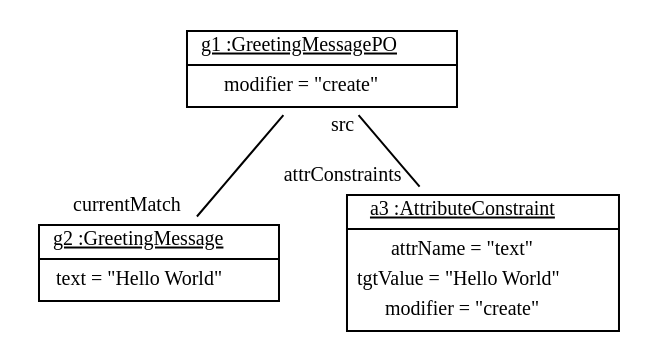
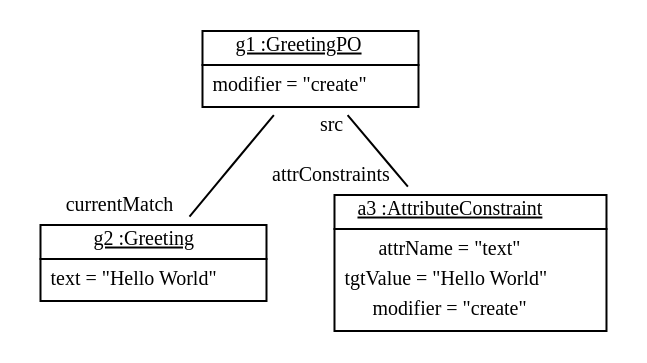
One commit to fujaba/SDMLib changed the diagram in doc/TTC2011HelloWorldConstantTransformation1AfterTransformation.dot. Above: the diagram before and after it, drawn with Graphviz. The commit also changed 38 other files, not shown here.

```diff
--- a/doc/TTC2011HelloWorldConstantTransformation1AfterTransformation.dot
+++ b/doc/TTC2011HelloWorldConstantTransformation1AfterTransformation.dot
@@ -1,11 +1,11 @@
 graph ObjectDiagram {
    node [shape = none, fontsize = 10];
    edge [fontsize = 10];
 
-g1 [label=<<table border='0' cellborder='1' cellspacing='0'> <tr> <td> <u>g1 :GreetingMessagePO</u></td></tr><tr><td><table border='0' cellborder='0' cellspacing='0'><tr><td>modifier = "create"</td></tr></table></td></tr></table>>];
-g2 [label=<<table border='0' cellborder='1' cellspacing='0'> <tr> <td> <u>g2 :GreetingMessage</u></td></tr><tr><td><table border='0' cellborder='0' cellspacing='0'><tr><td>text = "Hello World"</td></tr></table></td></tr></table>>];
+g1 [label=<<table border='0' cellborder='1' cellspacing='0'> <tr> <td> <u>g1 :GreetingPO</u></td></tr><tr><td><table border='0' cellborder='0' cellspacing='0'><tr><td>modifier = "create"</td></tr></table></td></tr></table>>];
+g2 [label=<<table border='0' cellborder='1' cellspacing='0'> <tr> <td> <u>g2 :Greeting</u></td></tr><tr><td><table border='0' cellborder='0' cellspacing='0'><tr><td>text = "Hello World"</td></tr></table></td></tr></table>>];
 a3 [label=<<table border='0' cellborder='1' cellspacing='0'> <tr> <td> <u>a3 :AttributeConstraint</u></td></tr><tr><td><table border='0' cellborder='0' cellspacing='0'><tr><td>attrName = "text"</td></tr><tr><td>tgtValue = "Hello World"</td></tr><tr><td>modifier = "create"</td></tr></table></td></tr></table>>];
 
 g1 -- a3 [headlabel = "attrConstraints" taillabel = "src"];
 g1 -- g2 [headlabel = "currentMatch" taillabel = ""];
 }
```
